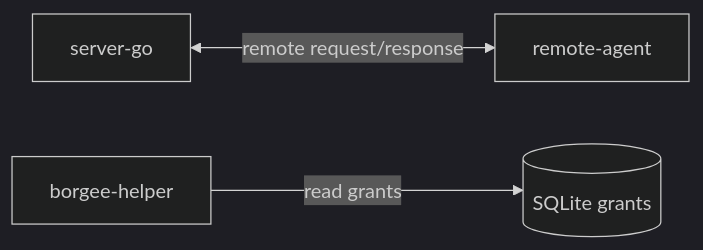
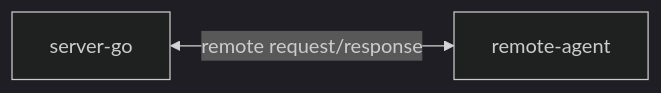
The fourth of 4 diagrams in docs/current/cross-process-flows.md (codetreker/borgee), drawn with Mermaid (dark theme) before and after one commit. The commit also changed other lines of this file and 27 other files, not shown here.

````diff
--- a/docs/current/cross-process-flows.md
+++ b/docs/current/cross-process-flows.md
@@ -77,10 +76,7 @@
 ```mermaid
 flowchart LR
   server[server-go]
   remote[remote-agent]
-  helper[borgee-helper]
-  db[(SQLite grants)]
 
   server <-->|remote request/response| remote
-  helper -->|read grants| db
 ```
````
